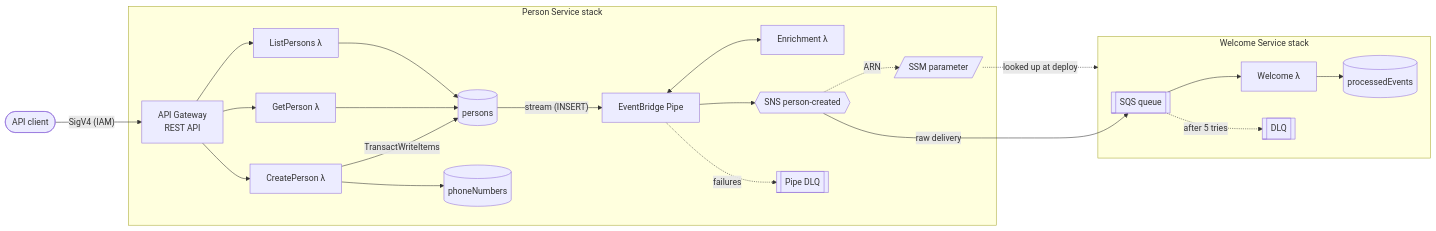
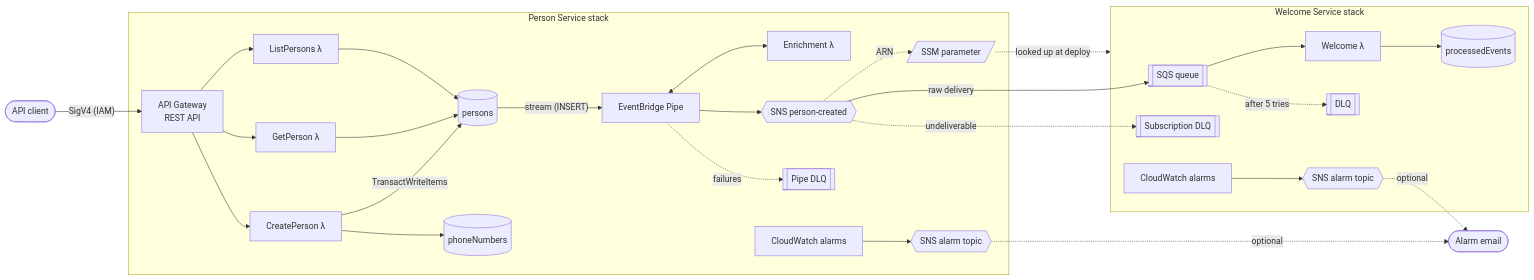
One commit to jeffreyzaayman/tikkie-assessment changed the diagram in README.md. Above: the diagram before and after it, drawn with Mermaid.

Commit message:
docs: show the subscription DLQ and alarm topics in the architecture diagram
- Add the Welcome Service's subscription dead-letter queue, where SNS puts events it can't deliver to the queue. It was missing from the data flow.
- Add one CloudWatch alarms → SNS alarm topic node per stack, with the optional alarm email. Individual alarms aren't drawn: they watch almost every resource and would clutter the diagram; the Operations section lists them.

````diff
--- a/README.md
+++ b/README.md
@@ -13,28 +13,34 @@
 ```mermaid
 flowchart LR
   client([API client]) -- "SigV4 (IAM)" --> apigw[API Gateway<br/>REST API]
 
   subgraph person["Person Service stack"]
     apigw --> create[CreatePerson λ]
     apigw --> get[GetPerson λ]
     apigw --> list[ListPersons λ]
     create -- "TransactWriteItems" --> persons[(persons)]
     create --> phones[(phoneNumbers)]
     get --> persons
     list --> persons
     persons -- "stream (INSERT)" --> pipe[EventBridge Pipe]
     pipe <--> enrich[Enrichment λ]
     pipe --> topic{{SNS person-created}}
     pipe -. failures .-> pipeDlq[[Pipe DLQ]]
     topic -. ARN .-> ssm[/SSM parameter/]
+    personAlarms[CloudWatch alarms] --> personAlarmTopic{{SNS alarm topic}}
   end
 
   subgraph welcome["Welcome Service stack"]
     queue[[SQS queue]] --> welcomeFn[Welcome λ]
     welcomeFn --> processed[(processedEvents)]
     queue -. after 5 tries .-> dlq[[DLQ]]
+    subDlq[[Subscription DLQ]]
+    welcomeAlarms[CloudWatch alarms] --> welcomeAlarmTopic{{SNS alarm topic}}
   end
 
   topic -- "raw delivery" --> queue
+  topic -. "undeliverable" .-> subDlq
   ssm -. looked up at deploy .-> welcome
+  personAlarmTopic -. optional .-> email([Alarm email])
+  welcomeAlarmTopic -. optional .-> email
 ```
````
